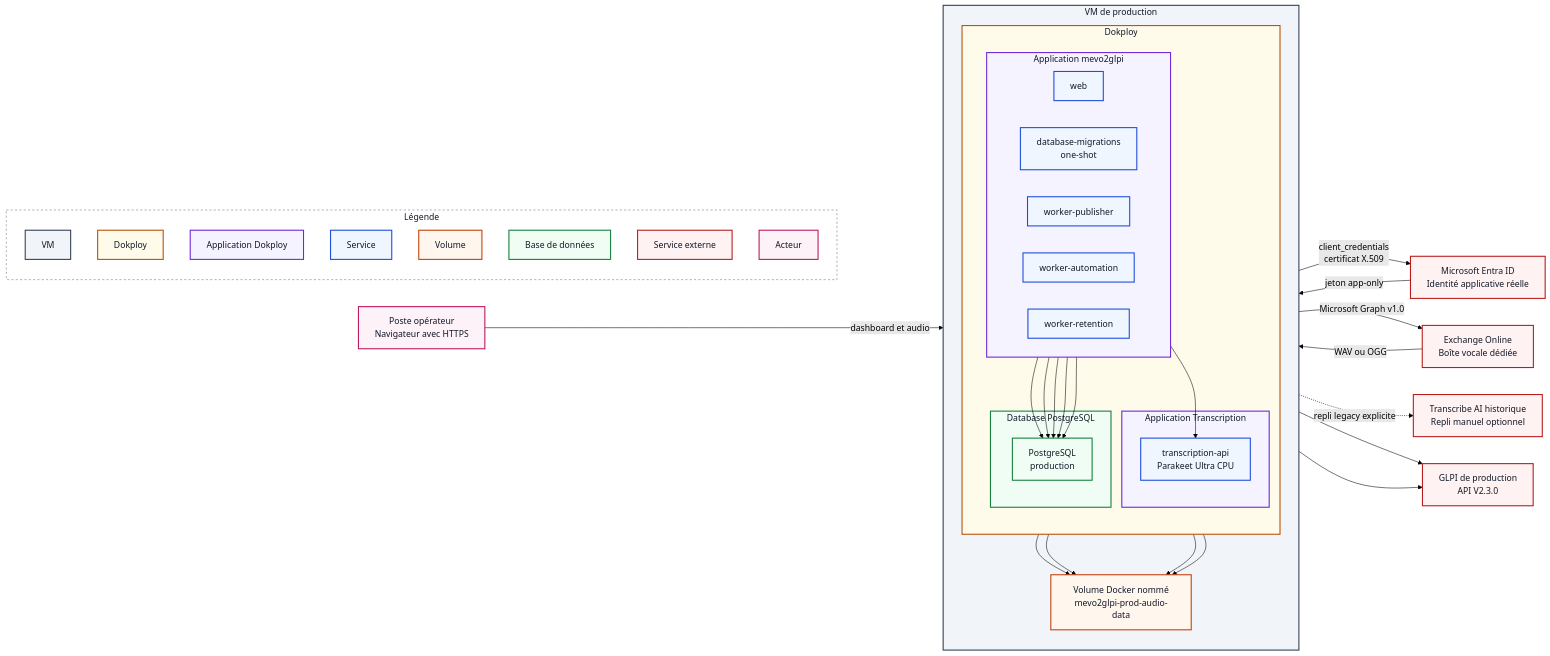
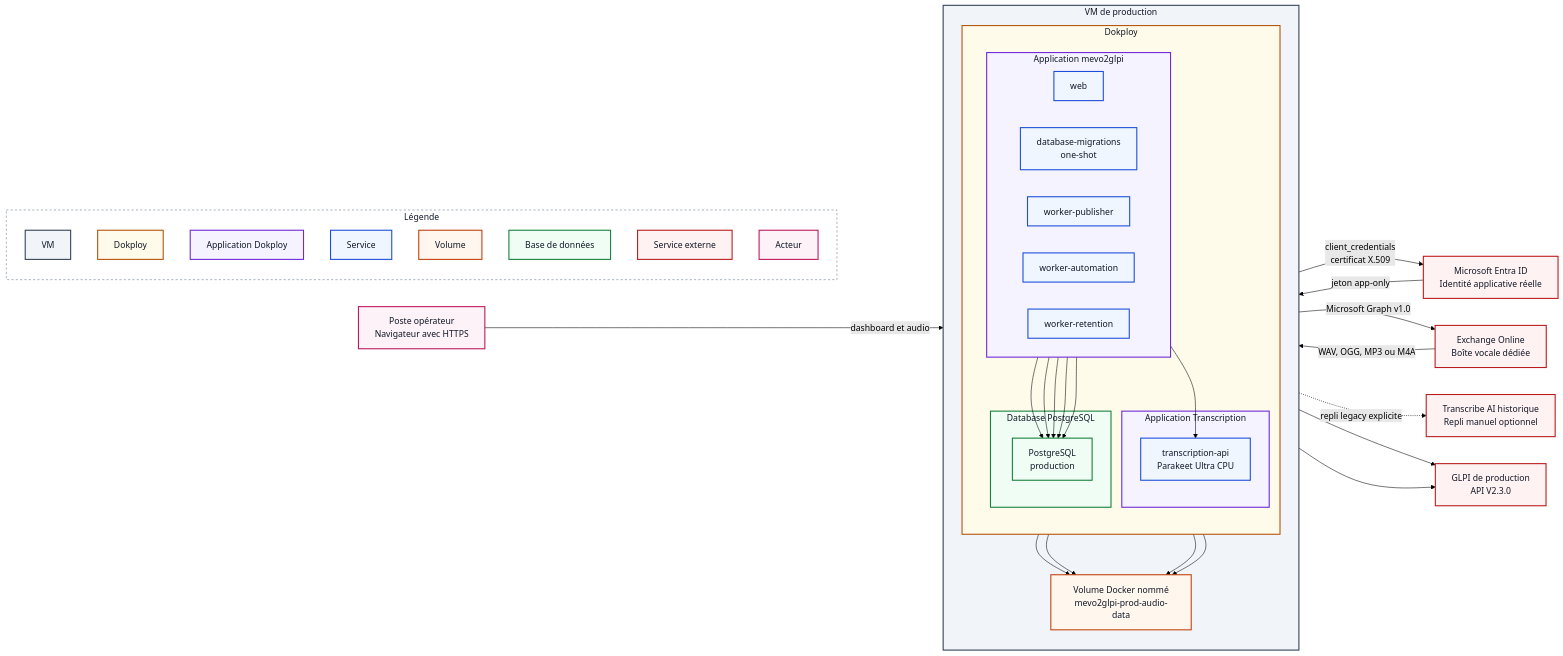
Before and after one commit to dev-vauclaire/mevo2glpi: the diagram in docs/procedures/production.md, drawn with Mermaid (forest theme). The commit also changed other lines of this file and 25 other files, not shown here.

```diff
--- a/docs/procedures/production.md
+++ b/docs/procedures/production.md
@@ -79,7 +79,7 @@
     PUBLISHER -->|"client_credentials<br/>certificat X.509"| ENTRA
     ENTRA -->|"jeton app-only"| PUBLISHER
     PUBLISHER -->|"Microsoft Graph v1.0"| EXCHANGE
-    EXCHANGE -->|"WAV ou OGG"| PUBLISHER
+    EXCHANGE -->|"WAV, OGG, MP3 ou M4A"| PUBLISHER
     PUBLISHER --> POSTGRES
     PUBLISHER --> AUDIO
     MIGRATIONS --> POSTGRES
```
